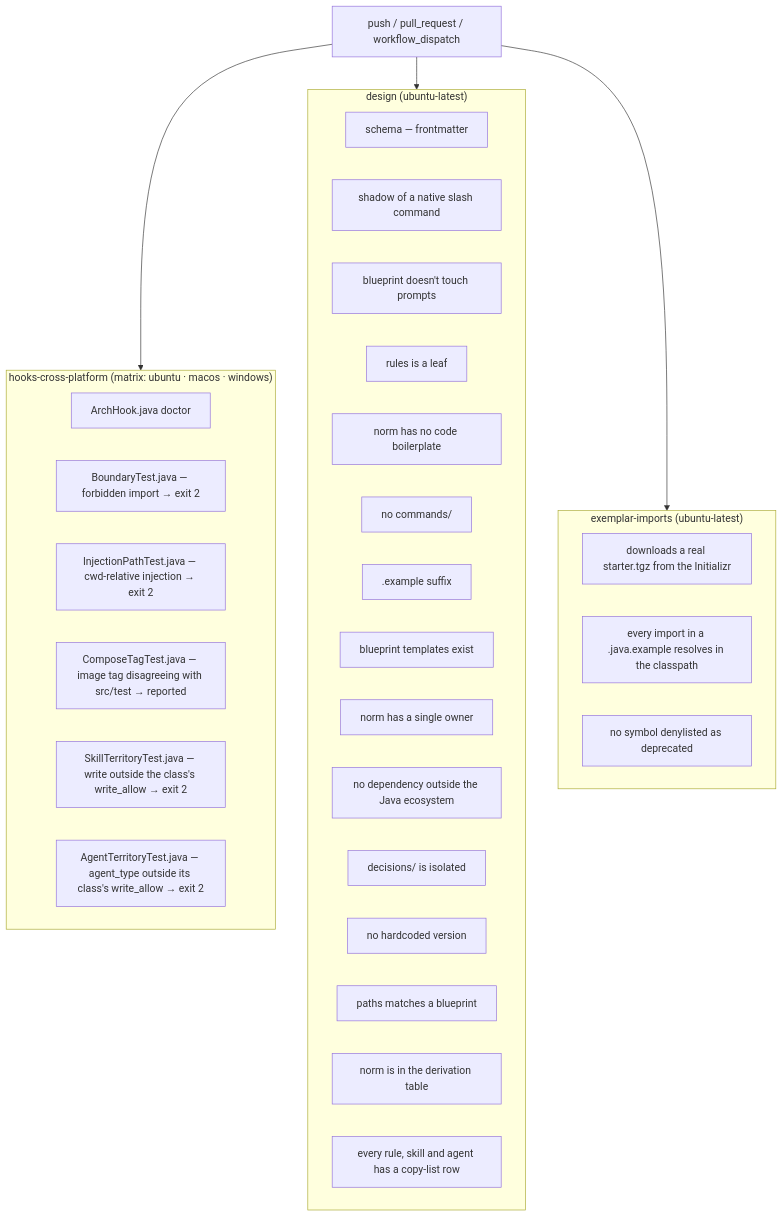
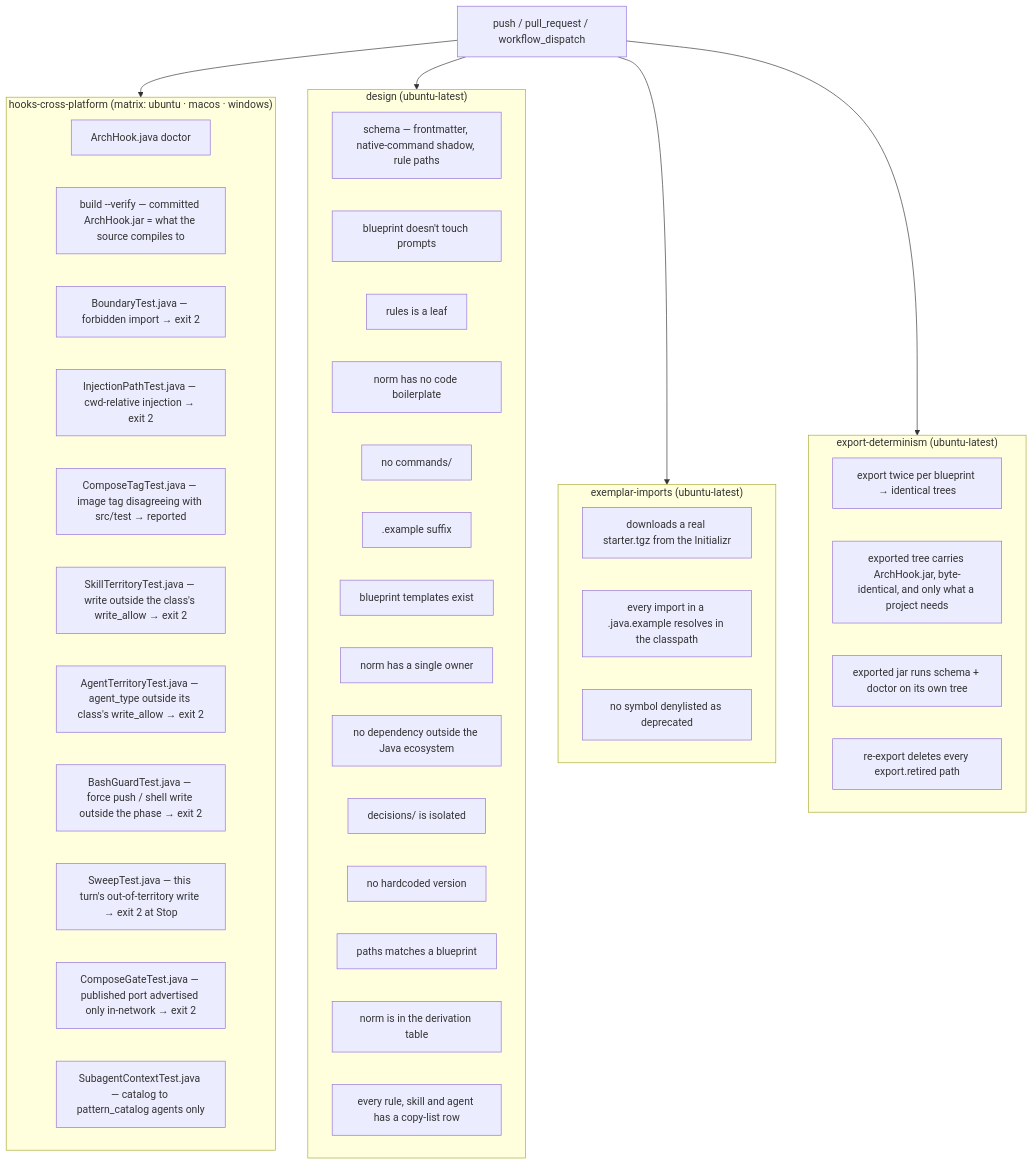
One commit to ice-lfernandes/claude-spring-architect changed the diagram in docs/en/07-ci-validate.md. Above: the diagram before and after it, drawn with Mermaid. The commit also changed other lines of this file and 19 other files, not shown here.

First line of the commit message:
ci: exercise the hook jar and every post-0075 guard (decision 0084)

````diff
--- a/docs/en/07-ci-validate.md
+++ b/docs/en/07-ci-validate.md
@@ -17,39 +17,51 @@
 ```mermaid
 flowchart TD
     T[push / pull_request / workflow_dispatch] --> J1
     T --> J2
     T --> J3
+    T --> J4
 
     subgraph J1["hooks-cross-platform (matrix: ubuntu · macos · windows)"]
         H1[ArchHook.java doctor]
+        H0[build --verify — committed ArchHook.jar = what the source compiles to]
         H2[BoundaryTest.java — forbidden import → exit 2]
         H3[InjectionPathTest.java — cwd-relative injection → exit 2]
         H4[ComposeTagTest.java — image tag disagreeing with src/test → reported]
         H5[SkillTerritoryTest.java — write outside the class's write_allow → exit 2]
         H6[AgentTerritoryTest.java — agent_type outside its class's write_allow → exit 2]
+        H7[BashGuardTest.java — force push / shell write outside the phase → exit 2]
+        H8[SweepTest.java — this turn's out-of-territory write → exit 2 at Stop]
+        H9[ComposeGateTest.java — published port advertised only in-network → exit 2]
+        H10[SubagentContextTest.java — catalog to pattern_catalog agents only]
     end
 
     subgraph J2["design (ubuntu-latest)"]
-        D1[schema — frontmatter]
-        D3[shadow of a native slash command]
+        D1[schema — frontmatter, native-command shadow, rule paths]
         D4[blueprint doesn't touch prompts]
         D5[rules is a leaf]
         D6[norm has no code boilerplate]
         D7[no commands/]
         D8[.example suffix]
         D9[blueprint templates exist]
         D10[norm has a single owner]
         D11[no dependency outside the Java ecosystem]
         D12[decisions/ is isolated]
         D13[no hardcoded version]
         D14[paths matches a blueprint]
         D15[norm is in the derivation table]
         D16[every rule, skill and agent has a copy-list row]
     end
 
     subgraph J3["exemplar-imports (ubuntu-latest)"]
         E1[downloads a real starter.tgz from the Initializr]
         E2[every import in a .java.example resolves in the classpath]
         E3[no symbol denylisted as deprecated]
     end
+
+    subgraph J4["export-determinism (ubuntu-latest)"]
+        X1[export twice per blueprint → identical trees]
+        X2[exported tree carries ArchHook.jar, byte-identical, and only what a project needs]
+        X3[exported jar runs schema + doctor on its own tree]
+        X4[re-export deletes every export.retired path]
+    end
 ```
````
